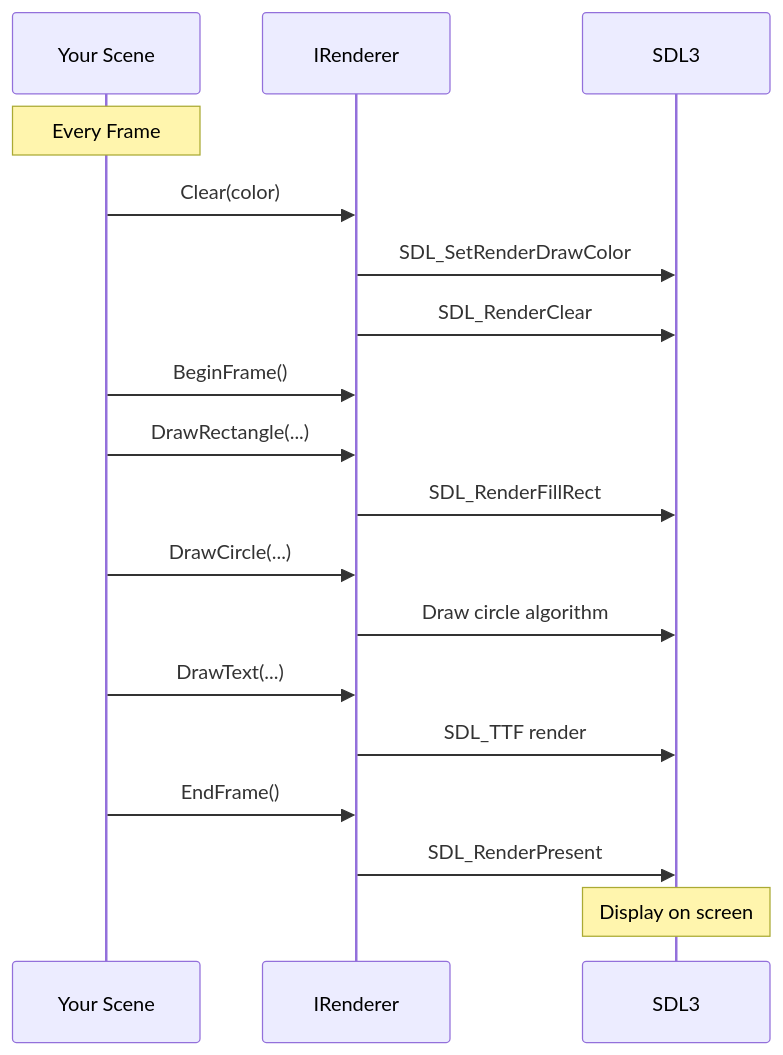
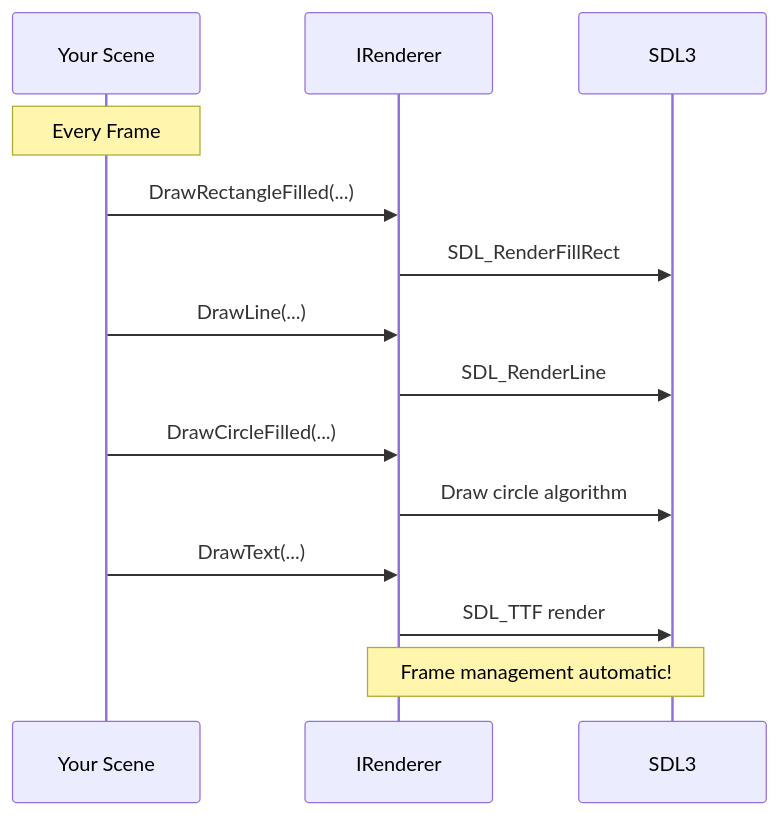
One commit to CrazyPickleStudios/Brine2D-Documentation changed the diagram in docs/guides/rendering/primitives.md. Above: the diagram before and after it, drawn with Mermaid. The commit also changed other lines of this file and 13 other files, not shown here.

````diff
--- a/docs/guides/rendering/primitives.md
+++ b/docs/guides/rendering/primitives.md
@@ -18,27 +19,22 @@
-```mermaid
+~~~mermaid
 sequenceDiagram
     participant Scene as Your Scene
     participant Renderer as IRenderer
     participant SDL as SDL3
     
     Note over Scene: Every Frame
     
-    Scene->>Renderer: Clear(color)
-    Renderer->>SDL: SDL_SetRenderDrawColor
-    Renderer->>SDL: SDL_RenderClear
-    
-    Scene->>Renderer: BeginFrame()
-    
-    Scene->>Renderer: DrawRectangle(...)
+    Scene->>Renderer: DrawRectangleFilled(...)
     Renderer->>SDL: SDL_RenderFillRect
     
-    Scene->>Renderer: DrawCircle(...)
+    Scene->>Renderer: DrawLine(...)
+    Renderer->>SDL: SDL_RenderLine
+    
+    Scene->>Renderer: DrawCircleFilled(...)
     Renderer->>SDL: Draw circle algorithm
     
     Scene->>Renderer: DrawText(...)
     Renderer->>SDL: SDL_TTF render
     
-    Scene->>Renderer: EndFrame()
-    Renderer->>SDL: SDL_RenderPresent
-    Note over SDL: Display on screen
-```
+    Note over Renderer,SDL: Frame management automatic!
+~~~
````
